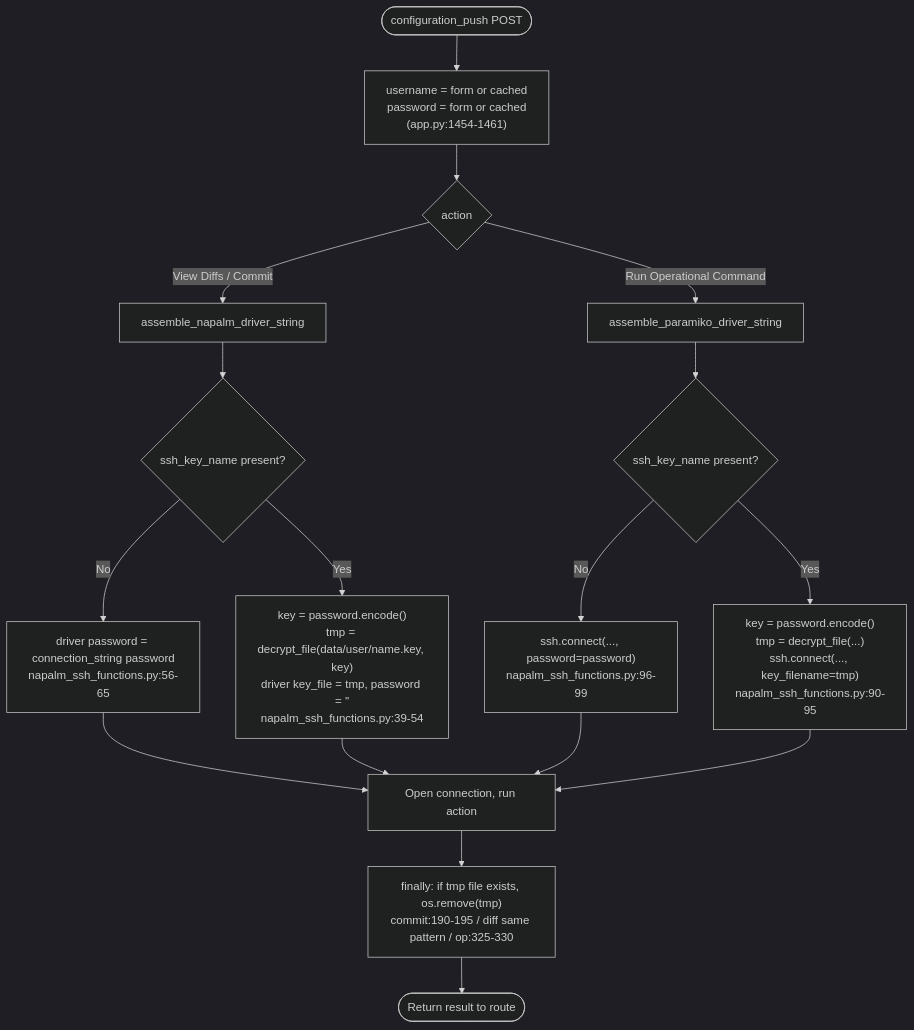
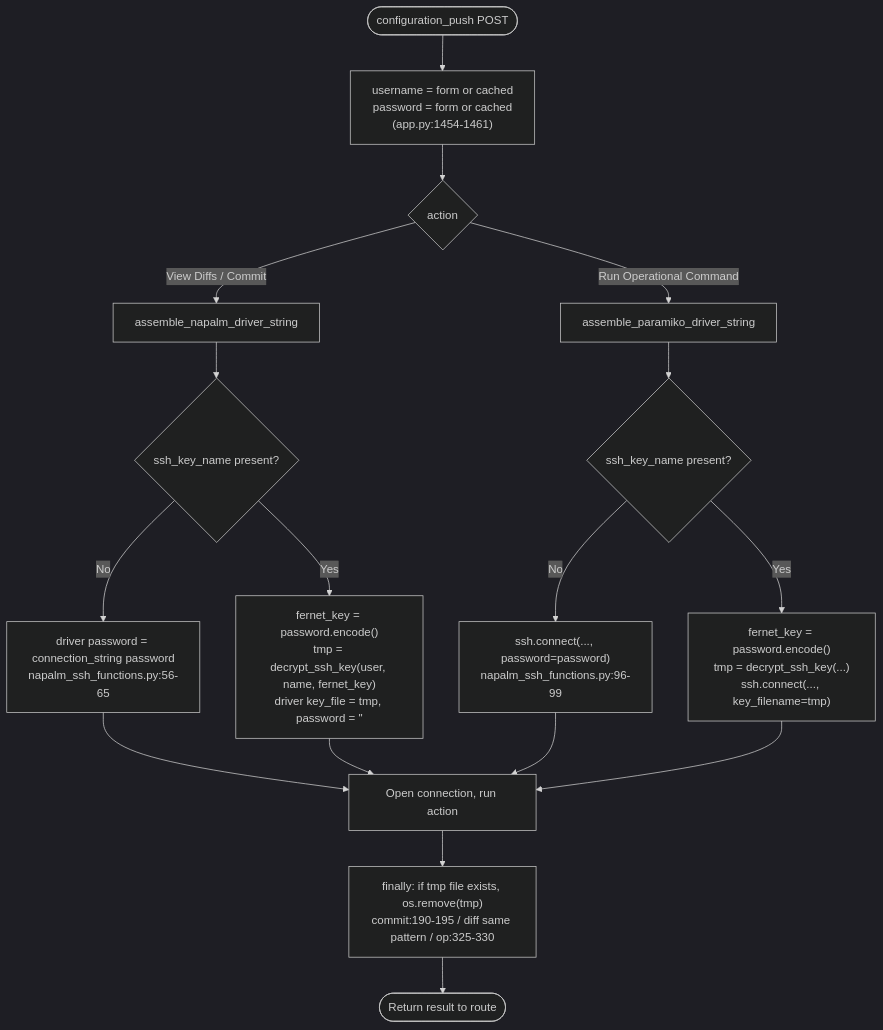
One commit to ibehren1/fw-gui changed the third of 5 diagrams in docs/ssh-credential-handling.md. Above: the diagram before and after it, drawn with Mermaid (dark theme). The commit also changed other lines of this file and 5 other files, not shown here.

First line of the commit message:
docs: describe MongoDB-backed SSH key storage

````diff
--- a/docs/ssh-credential-handling.md
+++ b/docs/ssh-credential-handling.md
@@ -120,22 +135,22 @@
 ```mermaid
 flowchart TD
     START([configuration_push POST]) --> CRED["username = form or cached<br/>password = form or cached<br/>(app.py:1454-1461)"]
     CRED --> ACT{action}
     ACT -->|View Diffs / Commit| NAP[assemble_napalm_driver_string]
     ACT -->|Run Operational Command| PAR[assemble_paramiko_driver_string]
 
     NAP --> NK{ssh_key_name present?}
     NK -->|No| NPW["driver password = connection_string password<br/>napalm_ssh_functions.py:56-65"]
-    NK -->|Yes| NDEC["key = password.encode()<br/>tmp = decrypt_file(data/user/name.key, key)<br/>driver key_file = tmp, password = ''<br/>napalm_ssh_functions.py:39-54"]
+    NK -->|Yes| NDEC["fernet_key = password.encode()<br/>tmp = decrypt_ssh_key(user, name, fernet_key)<br/>driver key_file = tmp, password = ''"]
 
     PAR --> PK{ssh_key_name present?}
     PK -->|No| PPW["ssh.connect(..., password=password)<br/>napalm_ssh_functions.py:96-99"]
-    PK -->|Yes| PDEC["key = password.encode()<br/>tmp = decrypt_file(...)<br/>ssh.connect(..., key_filename=tmp)<br/>napalm_ssh_functions.py:90-95"]
+    PK -->|Yes| PDEC["fernet_key = password.encode()<br/>tmp = decrypt_ssh_key(...)<br/>ssh.connect(..., key_filename=tmp)"]
 
     NPW --> RUN[Open connection, run action]
     NDEC --> RUN
     PPW --> RUN
     PDEC --> RUN
     RUN --> FIN["finally: if tmp file exists, os.remove(tmp)<br/>commit:190-195 / diff same pattern / op:325-330"]
     FIN --> DONE([Return result to route])
 ```
````
